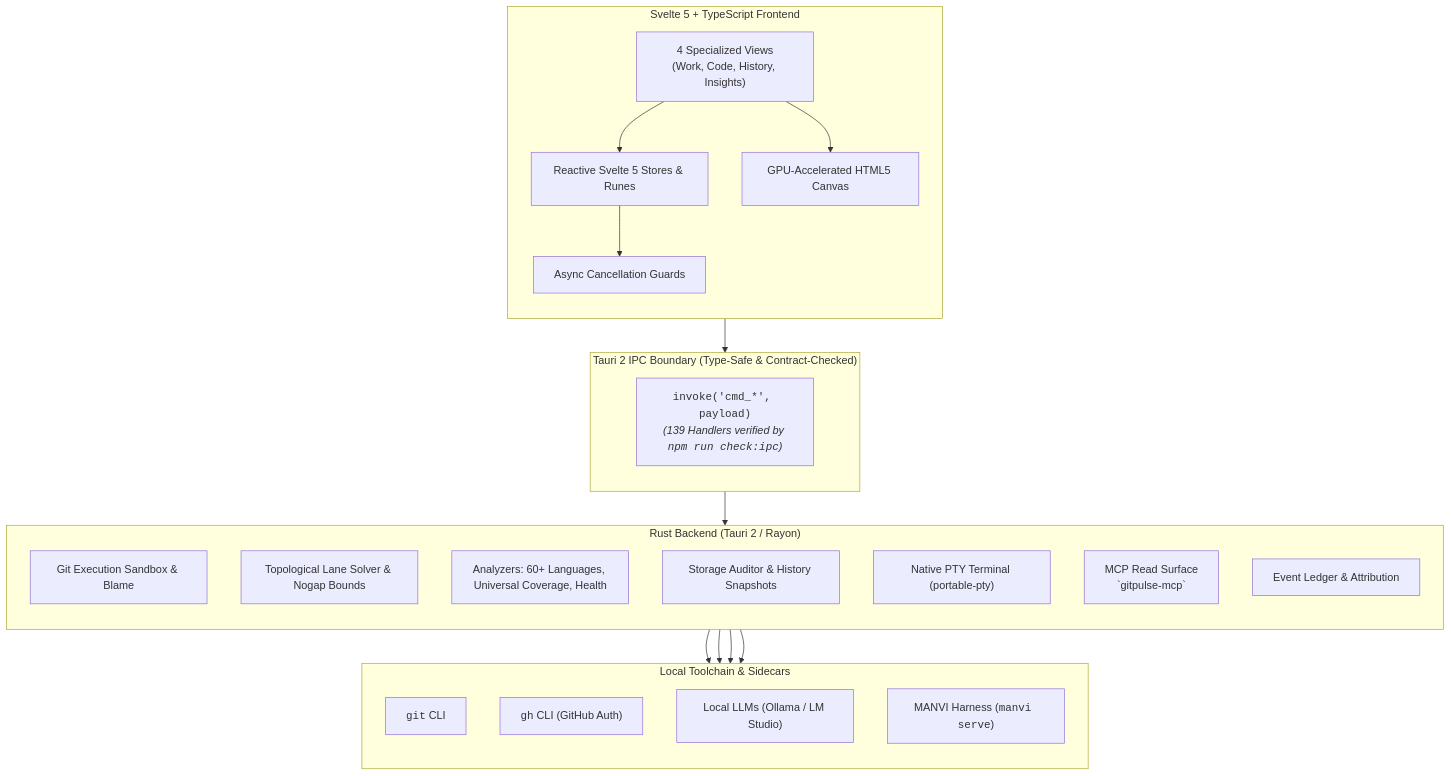
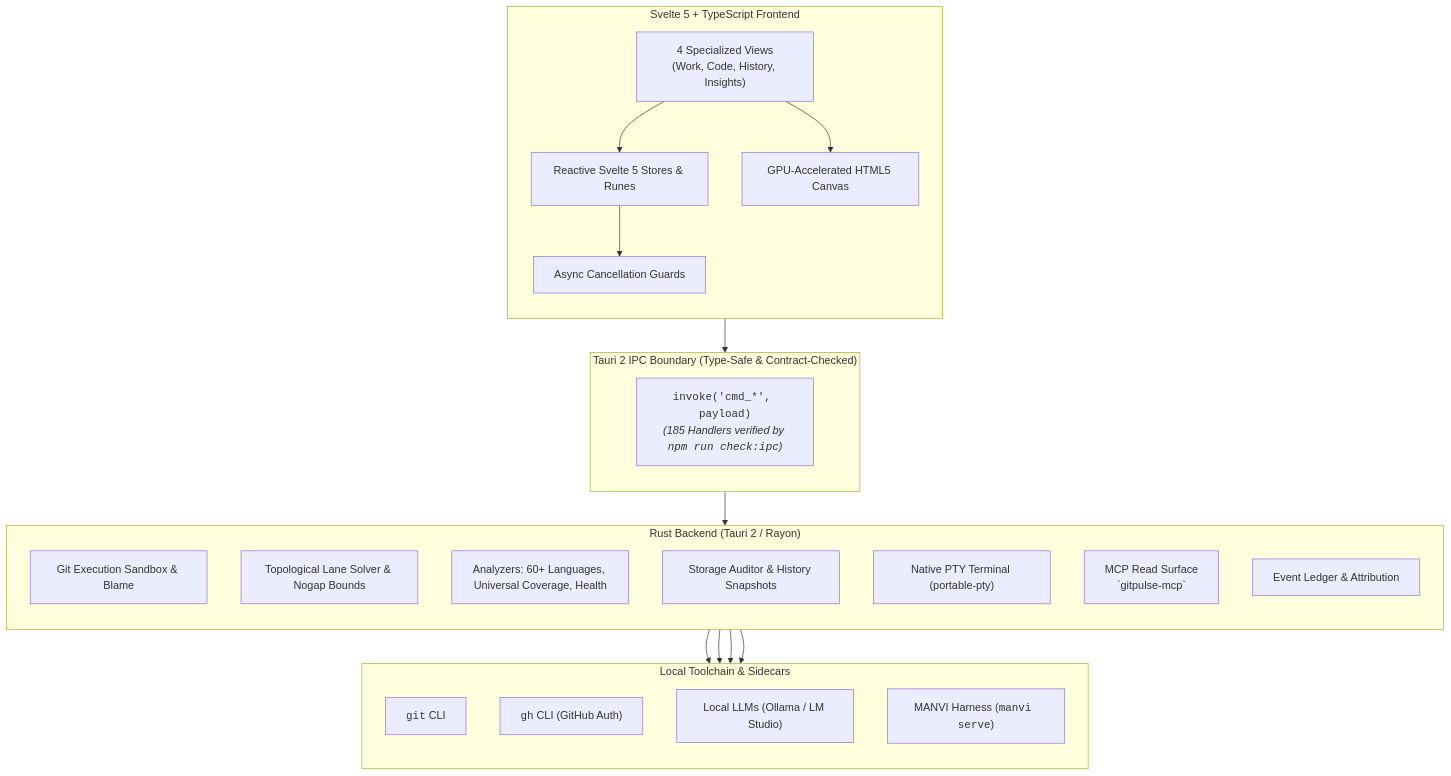
The first of 4 diagrams in README.md (bharathvbcr/GitPulse), drawn with Mermaid before and after one commit. The commit also changed other lines of this file and 388 other files, not shown here.

````diff
--- a/README.md
+++ b/README.md
@@ -43,45 +43,45 @@
 ```mermaid
 flowchart TB
     subgraph Frontend["Svelte 5 + TypeScript Frontend"]
         direction TB
         Views["4 Specialized Views<br/>(Work, Code, History, Insights)"]
         Stores["Reactive Svelte 5 Stores & Runes"]
         CanvasEngine["GPU-Accelerated HTML5 Canvas"]
         AsyncGuards["Async Cancellation Guards"]
         
         Views --> Stores
         Views --> CanvasEngine
         Stores --> AsyncGuards
     end
 
     subgraph IPC["Tauri 2 IPC Boundary (Type-Safe & Contract-Checked)"]
         direction TB
-        IPCBridge["<code>invoke('cmd_*', payload)</code><br/><i>(139 Handlers verified by <code>npm run check:ipc</code>)</i>"]
+        IPCBridge["<code>invoke('cmd_*', payload)</code><br/><i>(185 Handlers verified by <code>npm run check:ipc</code>)</i>"]
     end
 
     subgraph Backend["Rust Backend (Tauri 2 / Rayon)"]
         direction TB
         GitSandbox["Git Execution Sandbox & Blame"]
         GraphSolver["Topological Lane Solver & Nogap Bounds"]
         Analyzers["Analyzers: 60+ Languages, Universal Coverage, Health"]
         StorageEngine["Storage Auditor & History Snapshots"]
         TerminalPTY["Native PTY Terminal (portable-pty)"]
         MCPServer["MCP Read Surface<br/>`gitpulse-mcp`"]
         Ledger["Event Ledger & Attribution"]
     end
 
     subgraph LocalTools["Local Toolchain & Sidecars"]
         direction TB
         GitCLI["<code>git</code> CLI"]
         GhCLI["<code>gh</code> CLI (GitHub Auth)"]
         LocalAI["Local LLMs (Ollama / LM Studio)"]
         ManviSidecar["MANVI Harness (<code>manvi serve</code>)"]
     end
 
     AsyncGuards --> IPCBridge
     IPCBridge --> Backend
     GitSandbox --> GitCLI
     Analyzers --> GhCLI
     Analyzers --> LocalAI
     Backend --> ManviSidecar
 ```
````
